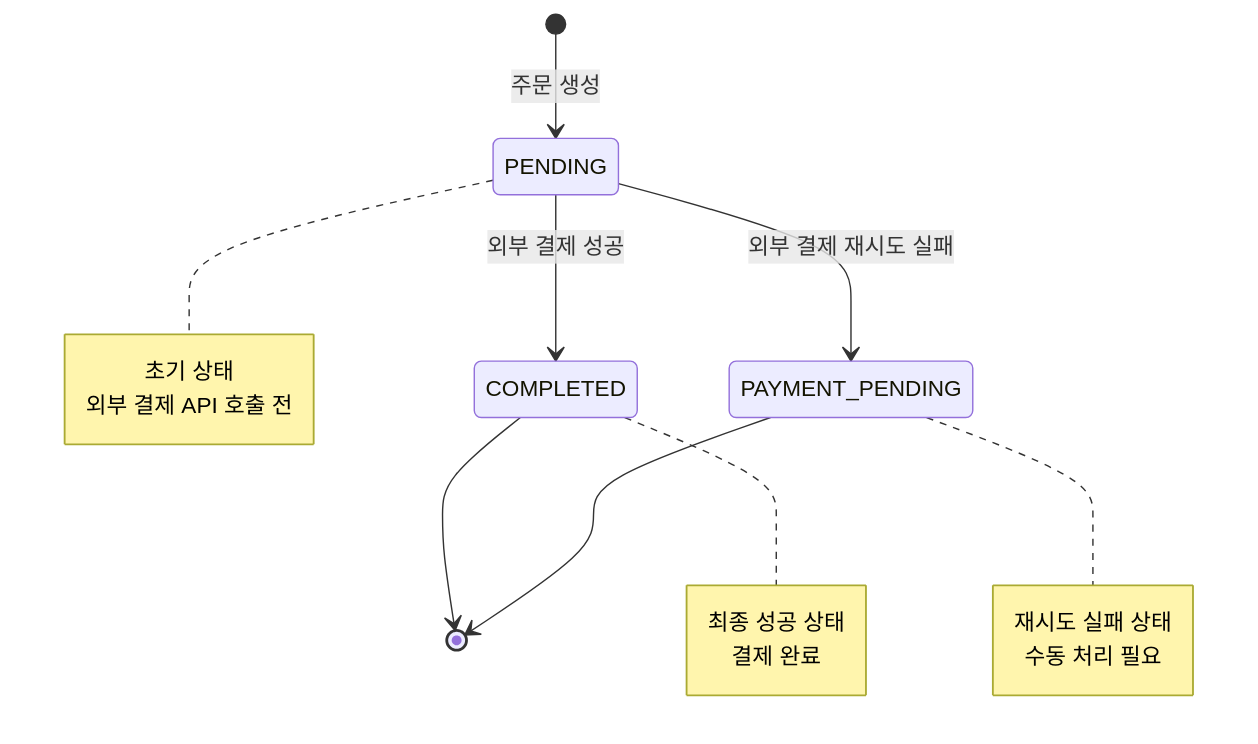
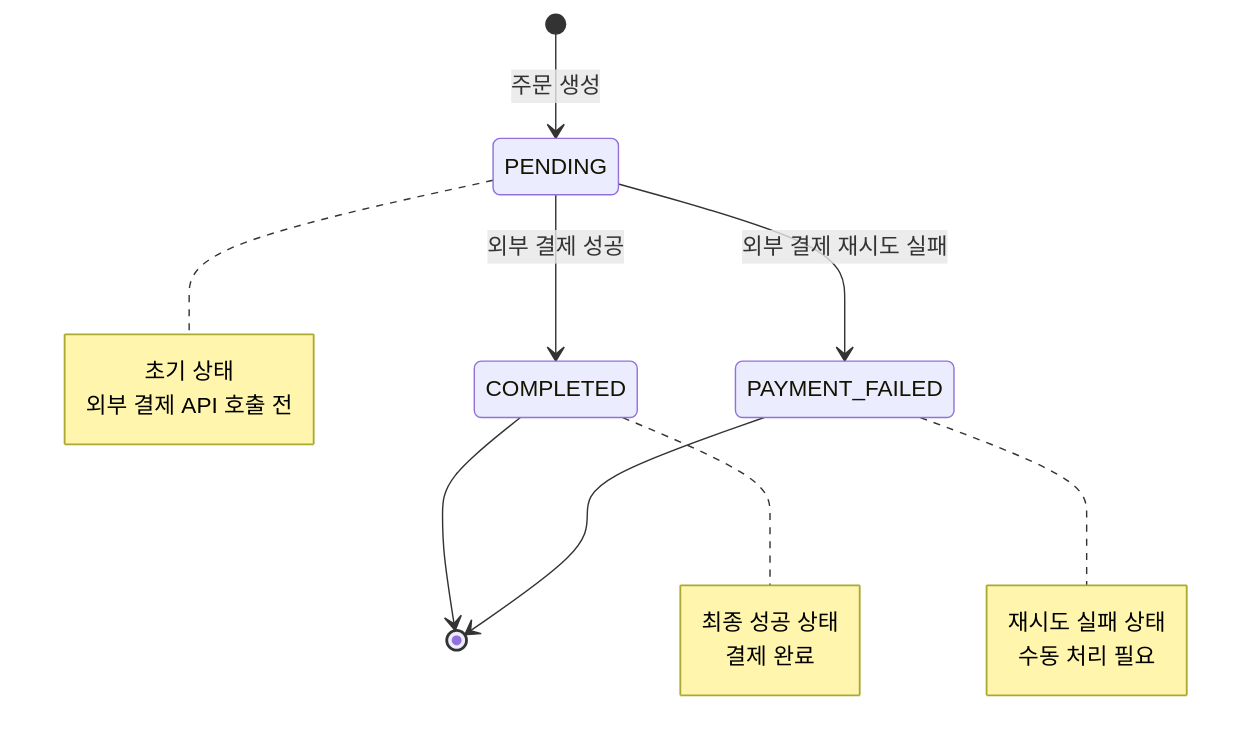
The second of 3 diagrams in docs/design/03-class-diagram.md (Loopers-dev-lab/loopers-spring-java-template), drawn with Mermaid before and after one commit. The commit also changed other lines of this file and 4 other files, not shown here.

````diff
--- a/docs/design/03-class-diagram.md
+++ b/docs/design/03-class-diagram.md
@@ -199,23 +199,23 @@
 ```mermaid
 stateDiagram-v2
     [*] --> PENDING: 주문 생성
     PENDING --> COMPLETED: 외부 결제 성공
-    PENDING --> PAYMENT_PENDING: 외부 결제 재시도 실패
+    PENDING --> PAYMENT_FAILED: 외부 결제 재시도 실패
     COMPLETED --> [*]
-    PAYMENT_PENDING --> [*]
+    PAYMENT_FAILED --> [*]
 
     note right of PENDING
         초기 상태
         외부 결제 API 호출 전
     end note
 
     note right of COMPLETED
         최종 성공 상태
         결제 완료
     end note
 
-    note right of PAYMENT_PENDING
+    note right of PAYMENT_FAILED
         재시도 실패 상태
         수동 처리 필요
     end note
 ```
````
